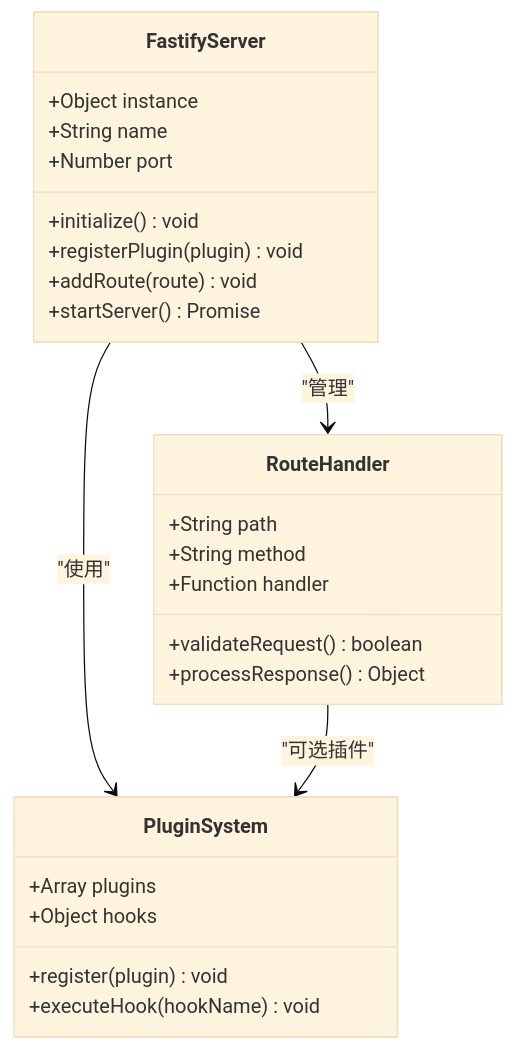
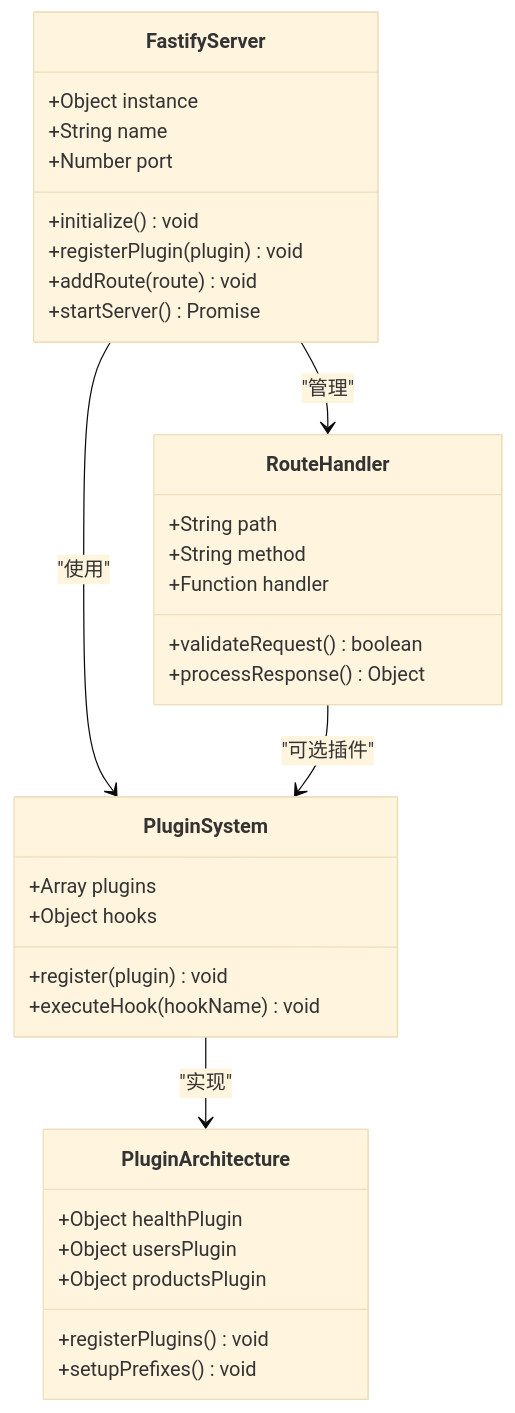
Before and after one commit to esa-sp/test-for-aone-ci: the second of 14 diagrams in .qoder/repowiki/zh/content/后端框架测试/Fastify高性能框架测试.md, drawn with Mermaid (base theme). The commit also changed other lines of this file and 119 other files, not shown here.

````diff
--- a/.qoder/repowiki/zh/content/后端框架测试/Fastify高性能框架测试.md
+++ b/.qoder/repowiki/zh/content/后端框架测试/Fastify高性能框架测试.md
@@ -78,28 +98,36 @@
 ```mermaid
 classDiagram
 class FastifyServer {
 +Object instance
 +String name
 +Number port
 +initialize() void
 +registerPlugin(plugin) void
 +addRoute(route) void
 +startServer() Promise
 }
 class RouteHandler {
 +String path
 +String method
 +Function handler
 +validateRequest() boolean
 +processResponse() Object
 }
 class PluginSystem {
 +Array plugins
 +Object hooks
 +register(plugin) void
 +executeHook(hookName) void
 }
+class PluginArchitecture {
++Object healthPlugin
++Object usersPlugin
++Object productsPlugin
++registerPlugins() void
++setupPrefixes() void
+}
 FastifyServer --> RouteHandler : "管理"
 FastifyServer --> PluginSystem : "使用"
 RouteHandler --> PluginSystem : "可选插件"
+PluginSystem --> PluginArchitecture : "实现"
 ```
````
